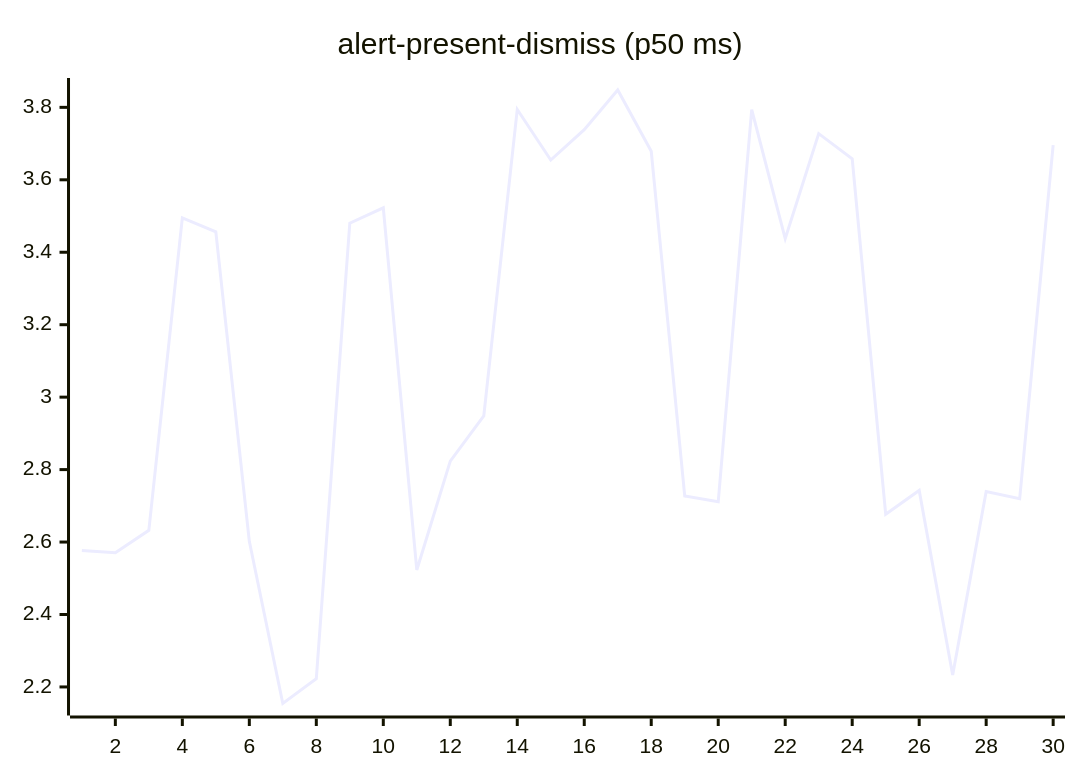
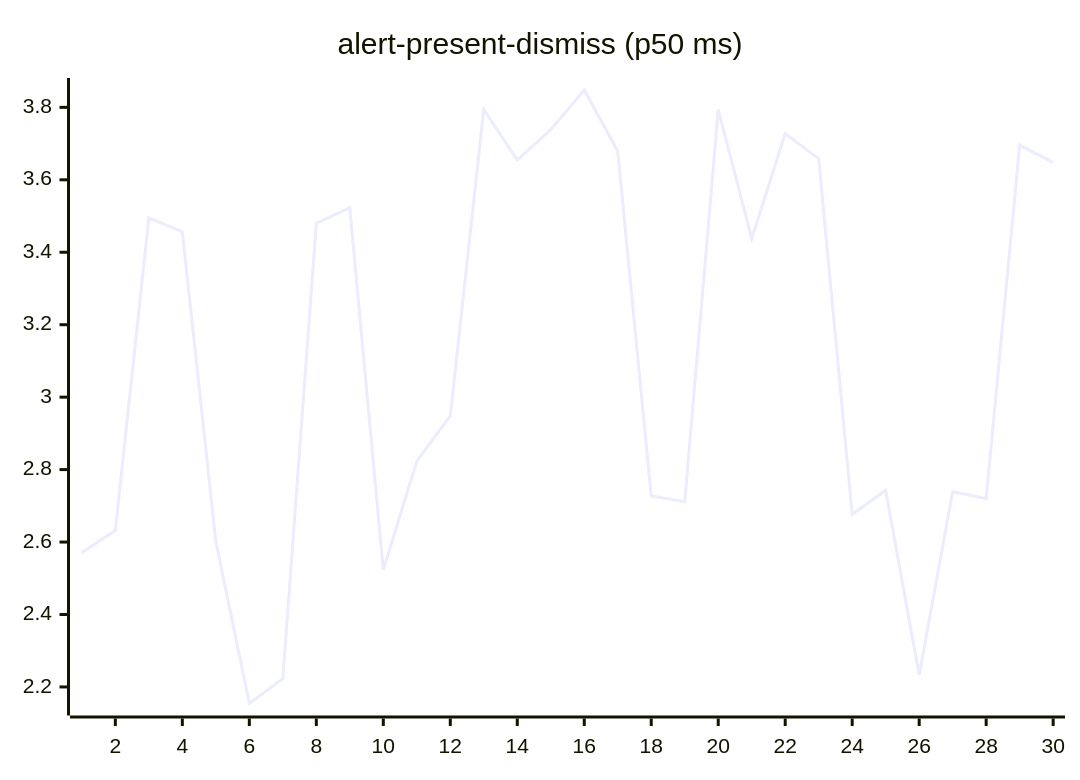
One commit to josha/Facet changed the second of 27 diagrams in README.md. Above: the diagram before and after it, drawn with Mermaid. The commit also changed other lines of this file and 2 other files, not shown here.

````diff
--- a/README.md
+++ b/README.md
@@ -70,6 +70,6 @@
 ```mermaid
 xychart-beta
     title "alert-present-dismiss (p50 ms)"
     x-axis 1 --> 30
-    line [2.5766, 2.5704, 2.6324, 3.4949, 3.4566, 2.6019, 2.1543, 2.2230, 3.4803, 3.5227, 2.5229, 2.8233, 2.9484, 3.7942, 3.6546, 3.7386, 3.8479, 3.6788, 2.7270, 2.7111, 3.7936, 3.4376, 3.7274, 3.6582, 2.6769, 2.7425, 2.2328, 2.7393, 2.7195, 3.6955]
+    line [2.5704, 2.6324, 3.4949, 3.4566, 2.6019, 2.1543, 2.2230, 3.4803, 3.5227, 2.5229, 2.8233, 2.9484, 3.7942, 3.6546, 3.7386, 3.8479, 3.6788, 2.7270, 2.7111, 3.7936, 3.4376, 3.7274, 3.6582, 2.6769, 2.7425, 2.2328, 2.7393, 2.7195, 3.6955, 3.6480]
 ```
````
